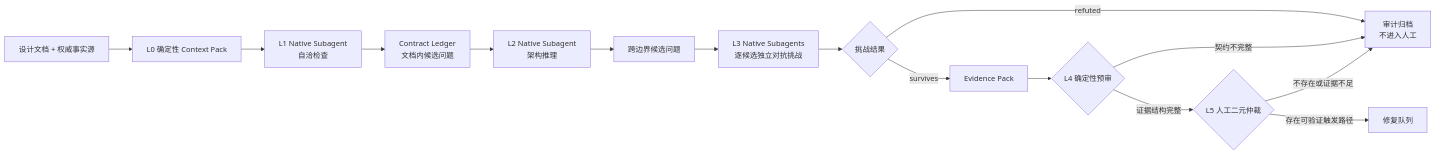
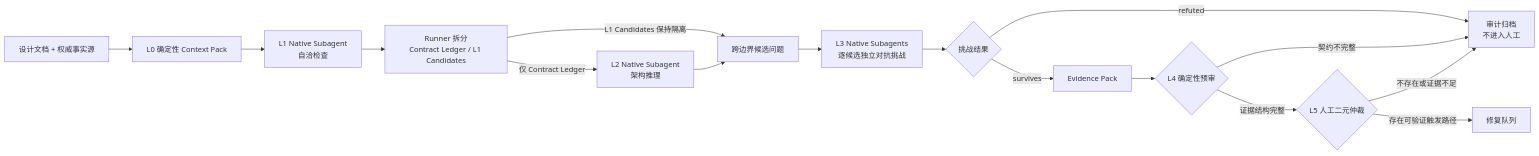
One commit to PANYUXIN6/TX-holdem-coach changed the diagram in docs/superpowers/specs/2026-07-31-layered-contract-design-review-skill-design.md. Above: the diagram before and after it, drawn with Mermaid. The commit also changed other lines of this file, not shown here.

````diff
--- a/docs/superpowers/specs/2026-07-31-layered-contract-design-review-skill-design.md
+++ b/docs/superpowers/specs/2026-07-31-layered-contract-design-review-skill-design.md
@@ -93,17 +94,18 @@
 ```mermaid
 flowchart LR
     D["设计文档 + 权威事实源"] --> P["L0 确定性 Context Pack"]
     P --> S["L1 Native Subagent<br/>自洽检查"]
-    S --> C["Contract Ledger<br/>文档内候选问题"]
-    C --> A["L2 Native Subagent<br/>架构推理"]
+    S --> C["Runner 拆分<br/>Contract Ledger / L1 Candidates"]
+    C -->|仅 Contract Ledger| A["L2 Native Subagent<br/>架构推理"]
+    C -->|L1 Candidates 保持隔离| R
     A --> R["跨边界候选问题"]
     R --> X["L3 Native Subagents<br/>逐候选独立对抗挑战"]
     X --> O{"挑战结果"}
     O -->|refuted| N["审计归档<br/>不进入人工"]
     O -->|survives| E["Evidence Pack"]
     E --> G{"L4 确定性预审"}
     G -->|契约不完整| N
     G -->|证据结构完整| H{"L5 人工二元仲裁"}
     H -->|存在可验证触发路径| Q["修复队列"]
     H -->|不存在或证据不足| N
 ```
````
